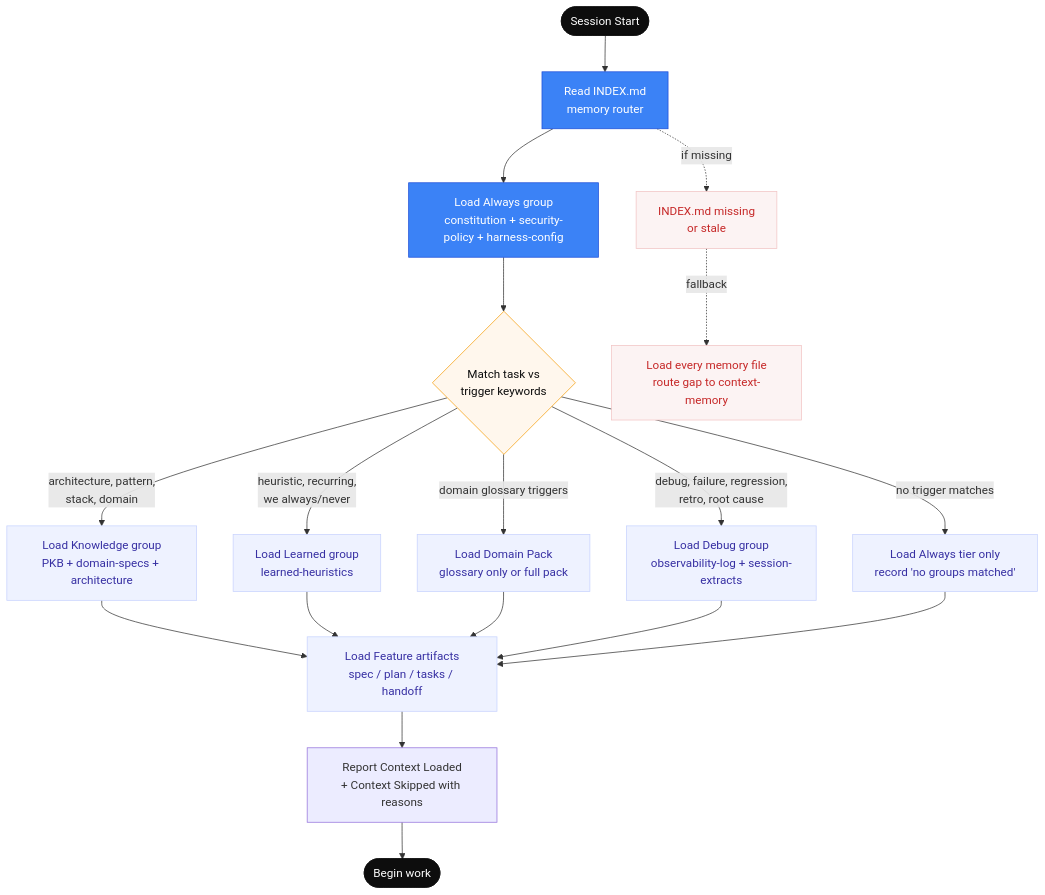
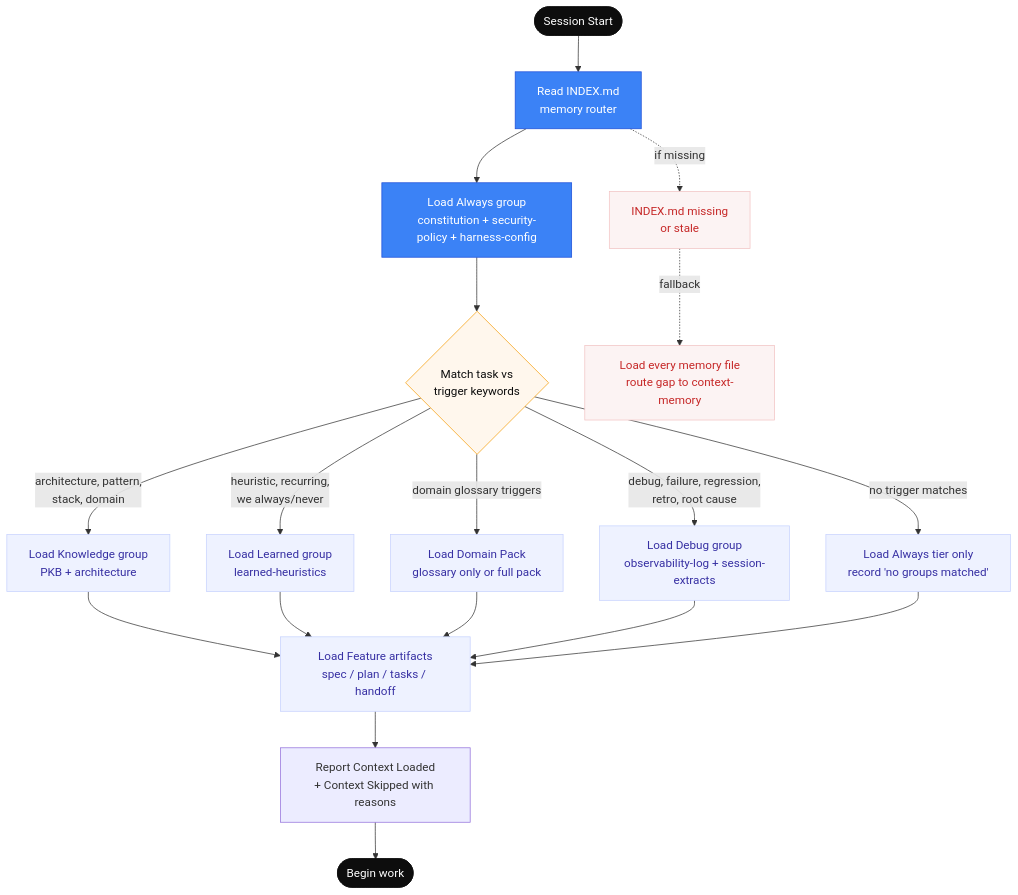
Before and after one commit to thaihai-swe/CoreZero-Nexus: the second of 3 diagrams in documents/context-engineering.md, drawn with Mermaid. The commit also changed other lines of this file and 280 other files, not shown here.

First line of the commit message:
feat: Add comprehensive documentation for project architecture, code design, and domain context

````diff
--- a/documents/context-engineering.md
+++ b/documents/context-engineering.md
@@ -77,39 +77,39 @@
 ```mermaid
 flowchart TD
     %% Smart Context Routing via INDEX.md
 
     START([Session Start]) --> IDX[Read INDEX.md<br/>memory router]
     IDX --> ALWAYS[Load Always group<br/>constitution + security-policy + harness-config]
 
     ALWAYS --> MATCH{Match task vs<br/>trigger keywords}
 
-    MATCH -->|architecture, pattern,<br/>stack, domain| KNOW[Load Knowledge group<br/>PKB + domain-specs + architecture]
+    MATCH -->|architecture, pattern,<br/>stack, domain| KNOW[Load Knowledge group<br/>PKB + architecture]
     MATCH -->|heuristic, recurring,<br/>we always/never| LEARN[Load Learned group<br/>learned-heuristics]
     MATCH -->|domain glossary triggers| DOMAIN[Load Domain Pack<br/>glossary only or full pack]
     MATCH -->|debug, failure, regression,<br/>retro, root cause| DEBUG[Load Debug group<br/>observability-log + session-extracts]
     MATCH -->|no trigger matches| SKIP[Load Always tier only<br/>record 'no groups matched']
 
     KNOW --> FEAT[Load Feature artifacts<br/>spec / plan / tasks / handoff]
     LEARN --> FEAT
     DOMAIN --> FEAT
     DEBUG --> FEAT
     SKIP --> FEAT
 
     FEAT --> REPORT[Report Context Loaded<br/>+ Context Skipped with reasons]
     REPORT --> WORK([Begin work])
 
     STALE[INDEX.md missing<br/>or stale] -.->|fallback| ALL[Load every memory file<br/>route gap to context-memory]
     IDX -.->|if missing| STALE
 
     classDef terminal fill:#0d0d0d,stroke:#0d0d0d,color:#fff
     classDef router fill:#3b82f6,stroke:#1d4ed8,color:#fff
     classDef group fill:#eef2ff,stroke:#c7d2fe,color:#3730a3
     classDef decision fill:#fff7ed,stroke:#f59e0b,color:#0d0d0d
     classDef fallback fill:#fcf3f3,stroke:#f2c4c4,color:#c62828
 
     class START,WORK terminal
     class IDX,ALWAYS router
     class KNOW,LEARN,DOMAIN,DEBUG,SKIP,FEAT group
     class MATCH decision
     class STALE,ALL fallback
 ```
````
